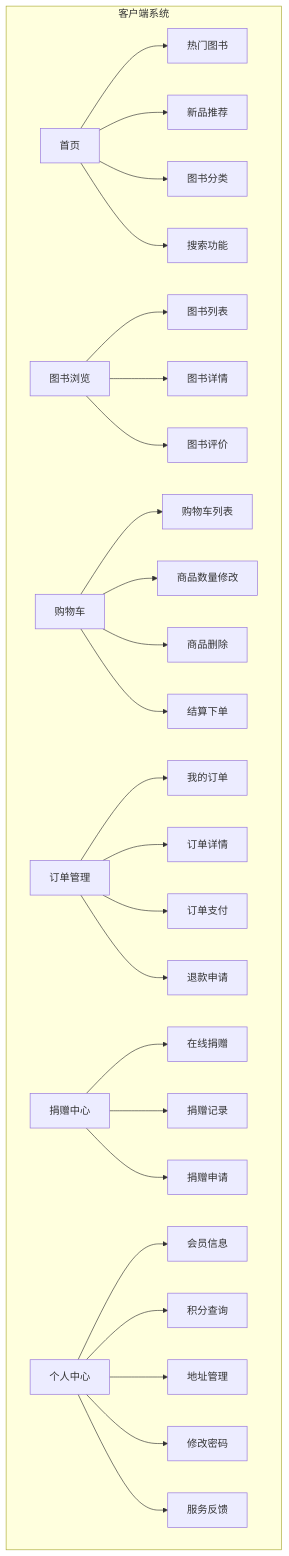
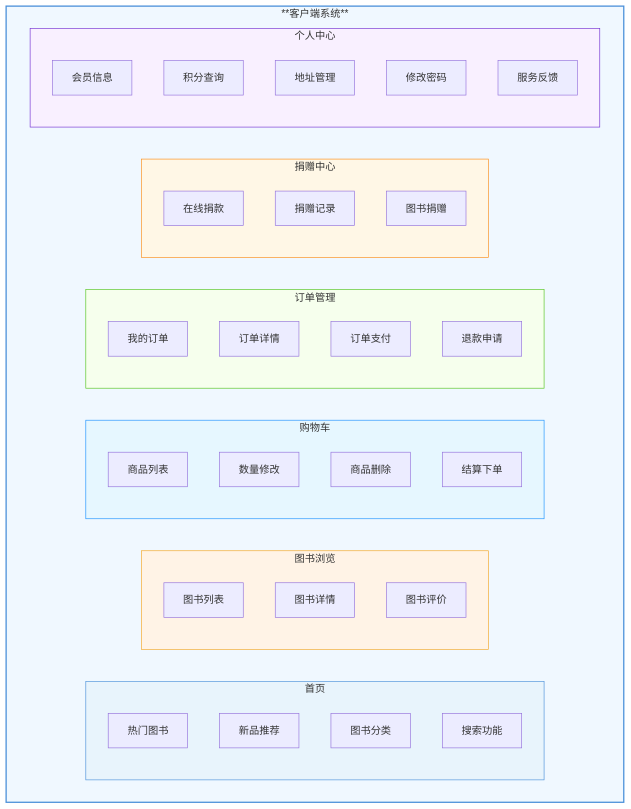
The second of 8 diagrams in SYSTEM_FLOWCHARTS.md (wm0022/fluffy-waffle), drawn with Mermaid before and after one commit. The commit also changed other lines of this file, not shown here.

````diff
--- a/SYSTEM_FLOWCHARTS.md
+++ b/SYSTEM_FLOWCHARTS.md
@@ -48,33 +78,53 @@
 ```mermaid
 graph TD
-    subgraph 客户端系统
-        A[首页] --> A1[热门图书]
-        A --> A2[新品推荐]
-        A --> A3[图书分类]
-        A --> A4[搜索功能]
+    style 客户端系统 fill:#f0f8ff,stroke:#4a90d9,stroke-width:2px
+    style 首页 fill:#e8f4fc,stroke:#4a90d9
+    style 图书浏览 fill:#fff3e6,stroke:#f5a623
+    style 购物车 fill:#e6f7ff,stroke:#1890ff
+    style 订单管理 fill:#f6ffed,stroke:#52c41a
+    style 捐赠中心 fill:#fff7e6,stroke:#fa8c16
+    style 个人中心 fill:#f9f0ff,stroke:#722ed1
+    
+    subgraph 客户端系统["**客户端系统**"]
+        subgraph 首页["首页"]
+            A1[热门图书]
+            A2[新品推荐]
+            A3[图书分类]
+            A4[搜索功能]
+        end
         
-        B[图书浏览] --> B1[图书列表]
-        B --> B2[图书详情]
-        B --> B3[图书评价]
+        subgraph 图书浏览["图书浏览"]
+            B1[图书列表]
+            B2[图书详情]
+            B3[图书评价]
+        end
         
-        C[购物车] --> C1[购物车列表]
-        C --> C2[商品数量修改]
-        C --> C3[商品删除]
-        C --> C4[结算下单]
+        subgraph 购物车["购物车"]
+            C1[商品列表]
+            C2[数量修改]
+            C3[商品删除]
+            C4[结算下单]
+        end
         
-        D[订单管理] --> D1[我的订单]
-        D --> D2[订单详情]
-        D --> D3[订单支付]
-        D --> D4[退款申请]
+        subgraph 订单管理["订单管理"]
+            D1[我的订单]
+            D2[订单详情]
+            D3[订单支付]
+            D4[退款申请]
+        end
         
-        E[捐赠中心] --> E1[在线捐赠]
-        E --> E2[捐赠记录]
-        E --> E3[捐赠申请]
+        subgraph 捐赠中心["捐赠中心"]
+            E1[在线捐款]
+            E2[捐赠记录]
+            E3[图书捐赠]
+        end
         
-        F[个人中心] --> F1[会员信息]
-        F --> F2[积分查询]
-        F --> F3[地址管理]
-        F --> F4[修改密码]
-        F --> F5[服务反馈]
+        subgraph 个人中心["个人中心"]
+            F1[会员信息]
+            F2[积分查询]
+            F3[地址管理]
+            F4[修改密码]
+            F5[服务反馈]
+        end
     end
 ```
````
